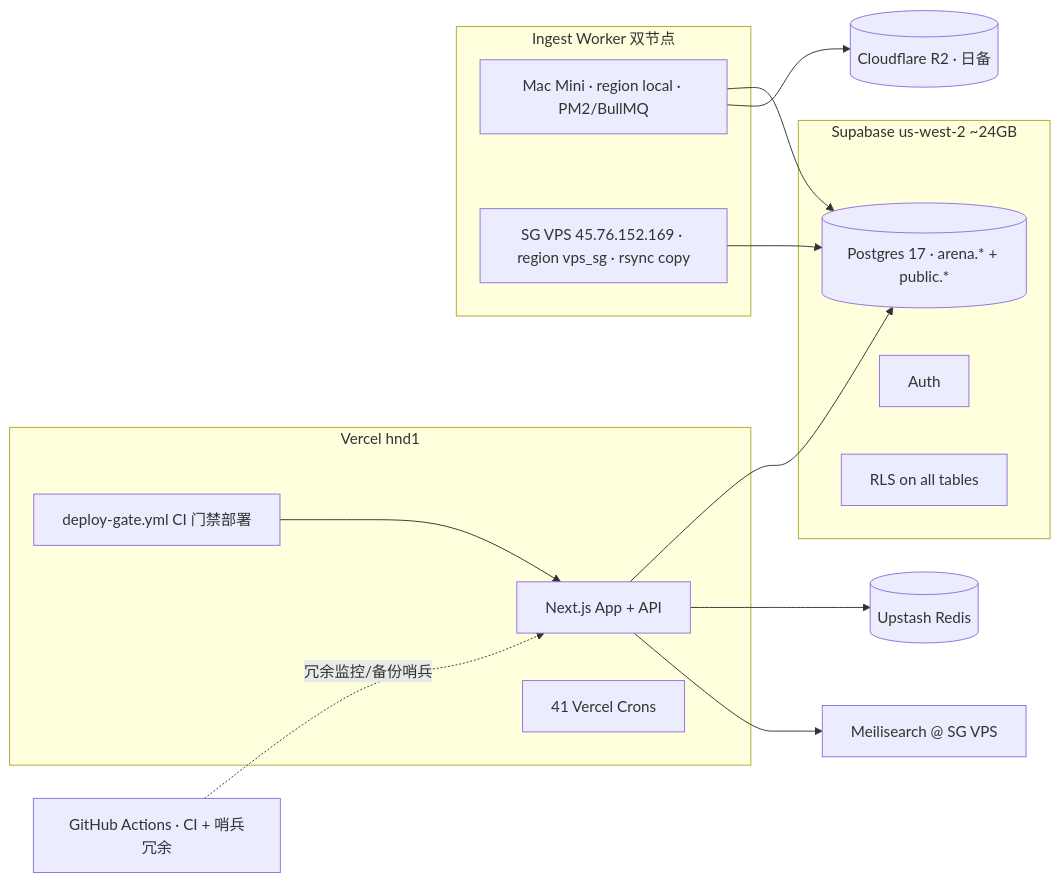
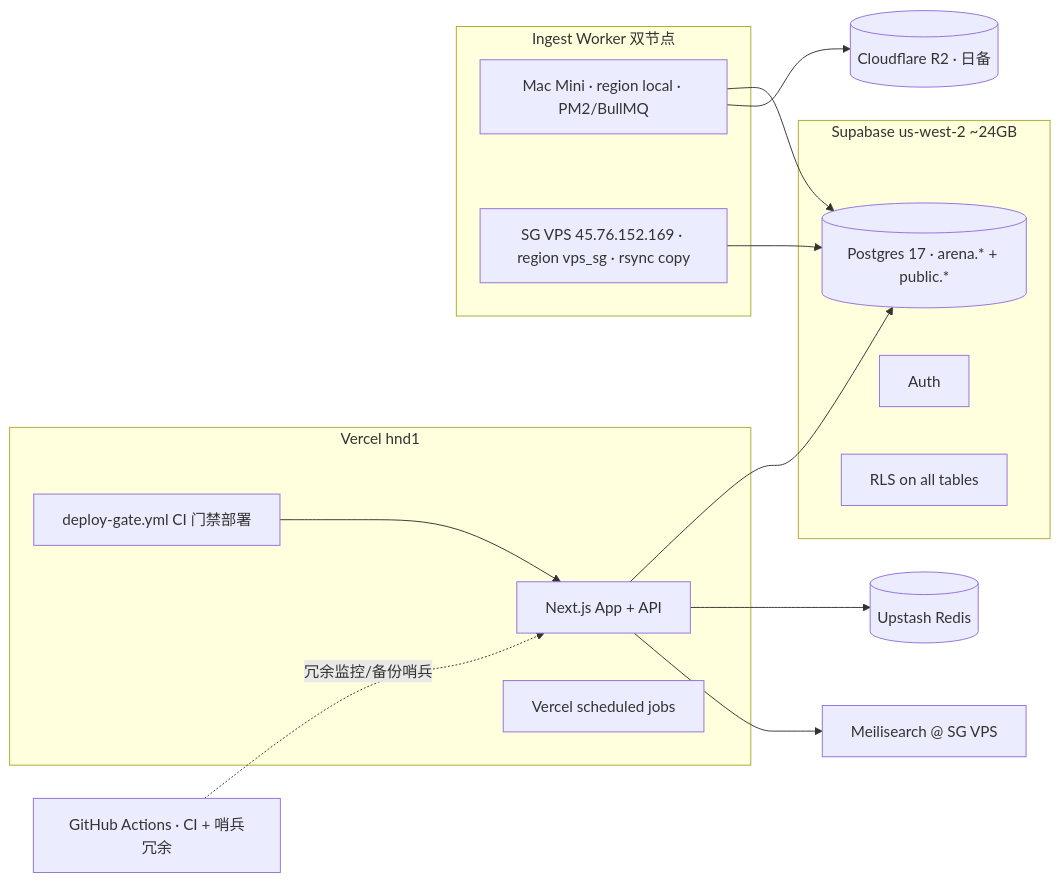
The third of 4 diagrams in docs/ARCHITECTURE.md (Adeline117/ranking-arena), drawn with Mermaid before and after one commit. The commit also changed other lines of this file and 3 other files, not shown here.

````diff
--- a/docs/ARCHITECTURE.md
+++ b/docs/ARCHITECTURE.md
@@ -82,30 +85,30 @@
 ```mermaid
 graph LR
   subgraph Vercel[Vercel hnd1]
     APP[Next.js App + API]
-    CRON[41 Vercel Crons]
+    CRON[Vercel scheduled jobs]
     GATE[deploy-gate.yml CI 门禁部署]
   end
   subgraph Supabase[Supabase us-west-2 ~24GB]
     PG[(Postgres 17 · arena.* + public.*)]
     AUTH[Auth]
     RLS[RLS on all tables]
   end
   subgraph Nodes[Ingest Worker 双节点]
     MM[Mac Mini · region local · PM2/BullMQ]
     SG[SG VPS 45.76.152.169 · region vps_sg · rsync copy]
   end
   MEILI[Meilisearch @ SG VPS]
   REDIS[(Upstash Redis)]
   R2[(Cloudflare R2 · 日备)]
   GH[GitHub Actions · CI + 哨兵冗余]
 
   APP --> PG
   APP --> REDIS
   APP --> MEILI
   MM --> PG
   SG --> PG
   MM --> R2
   GH -.冗余监控/备份哨兵.-> APP
   GATE --> APP
 ```
````
